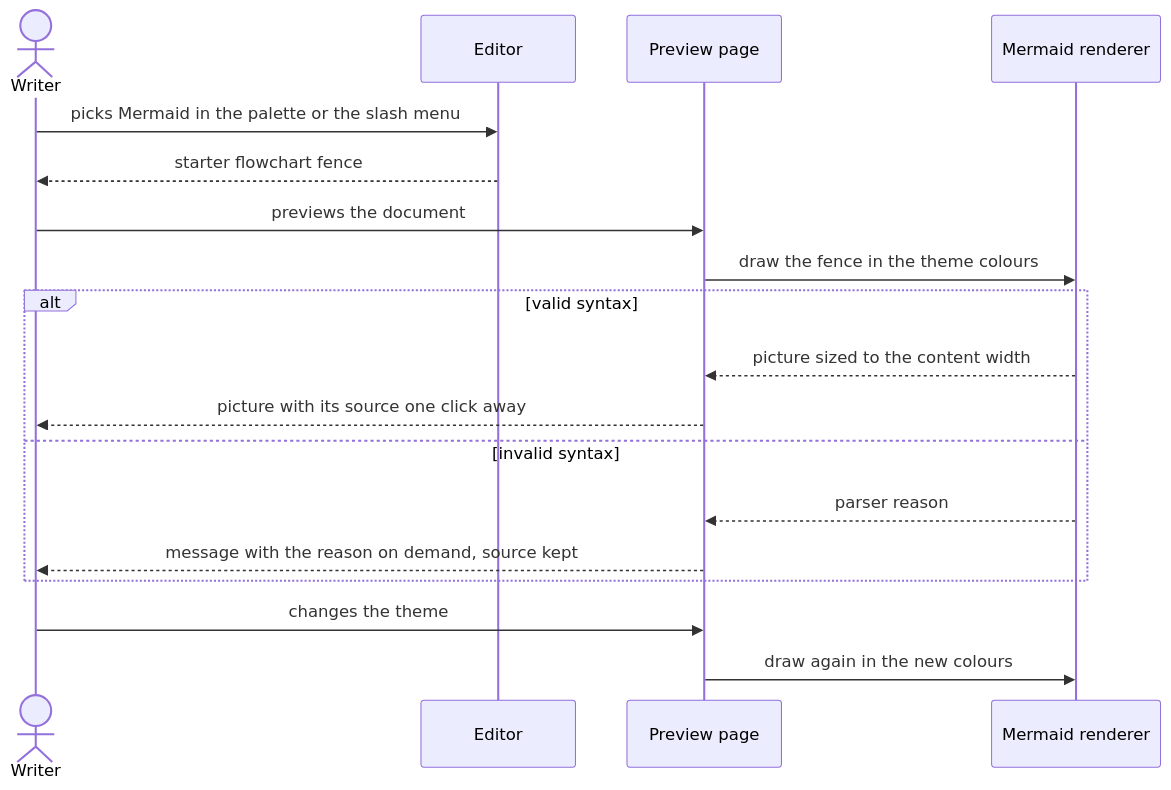
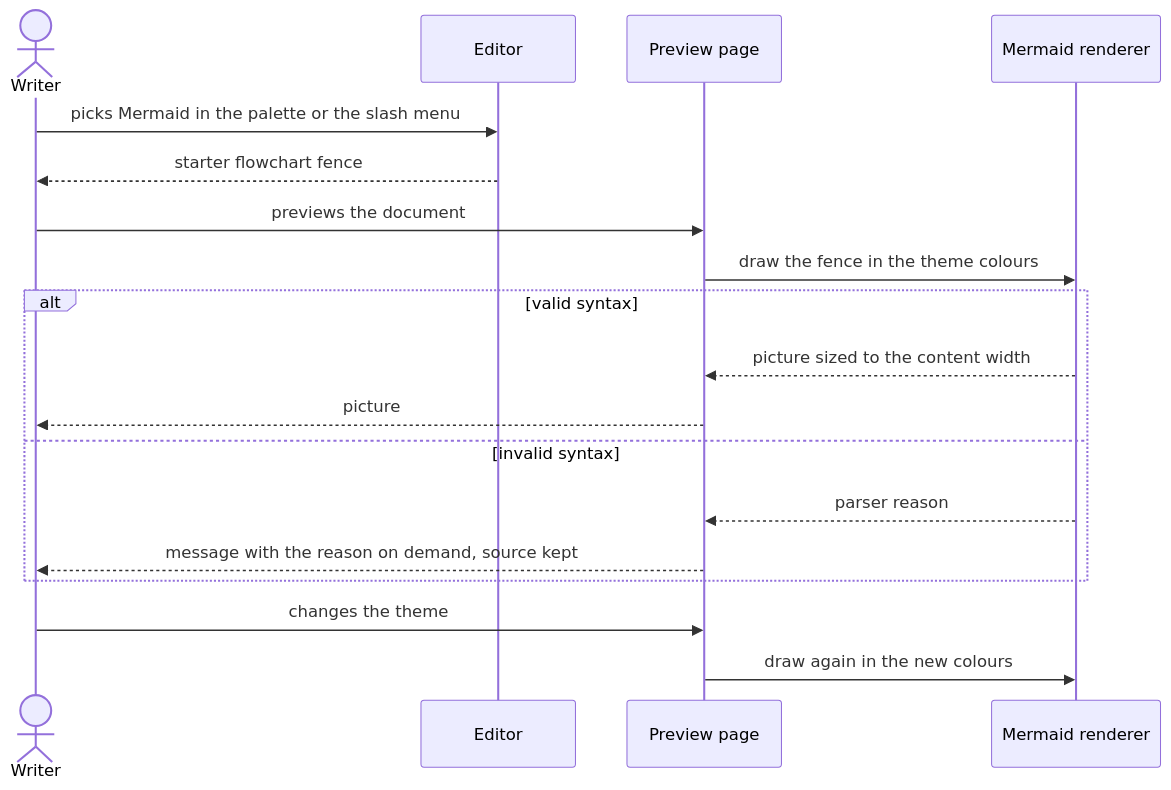
Before and after one commit to gsemet/markdown-okf-schema-studio: the diagram in requirements/tiers/strs/diagrams/StRS-MDOKFSTUDIO-DIAG-001.md, drawn with Mermaid. The commit also changed other lines of this file and 29 other files, not shown here.

First line of the commit message:
feat(render): show a figure's source only when it fails to draw

````diff
--- a/requirements/tiers/strs/diagrams/StRS-MDOKFSTUDIO-DIAG-001.md
+++ b/requirements/tiers/strs/diagrams/StRS-MDOKFSTUDIO-DIAG-001.md
@@ -88,20 +88,20 @@
 ```mermaid
 sequenceDiagram
     actor W as Writer
     participant E as Editor
     participant P as Preview page
     participant M as Mermaid renderer
     W->>E: picks Mermaid in the palette or the slash menu
     E-->>W: starter flowchart fence
     W->>P: previews the document
     P->>M: draw the fence in the theme colours
     alt valid syntax
         M-->>P: picture sized to the content width
-        P-->>W: picture with its source one click away
+        P-->>W: picture
     else invalid syntax
         M-->>P: parser reason
         P-->>W: message with the reason on demand, source kept
     end
     W->>P: changes the theme
     P->>M: draw again in the new colours
 ```
````
